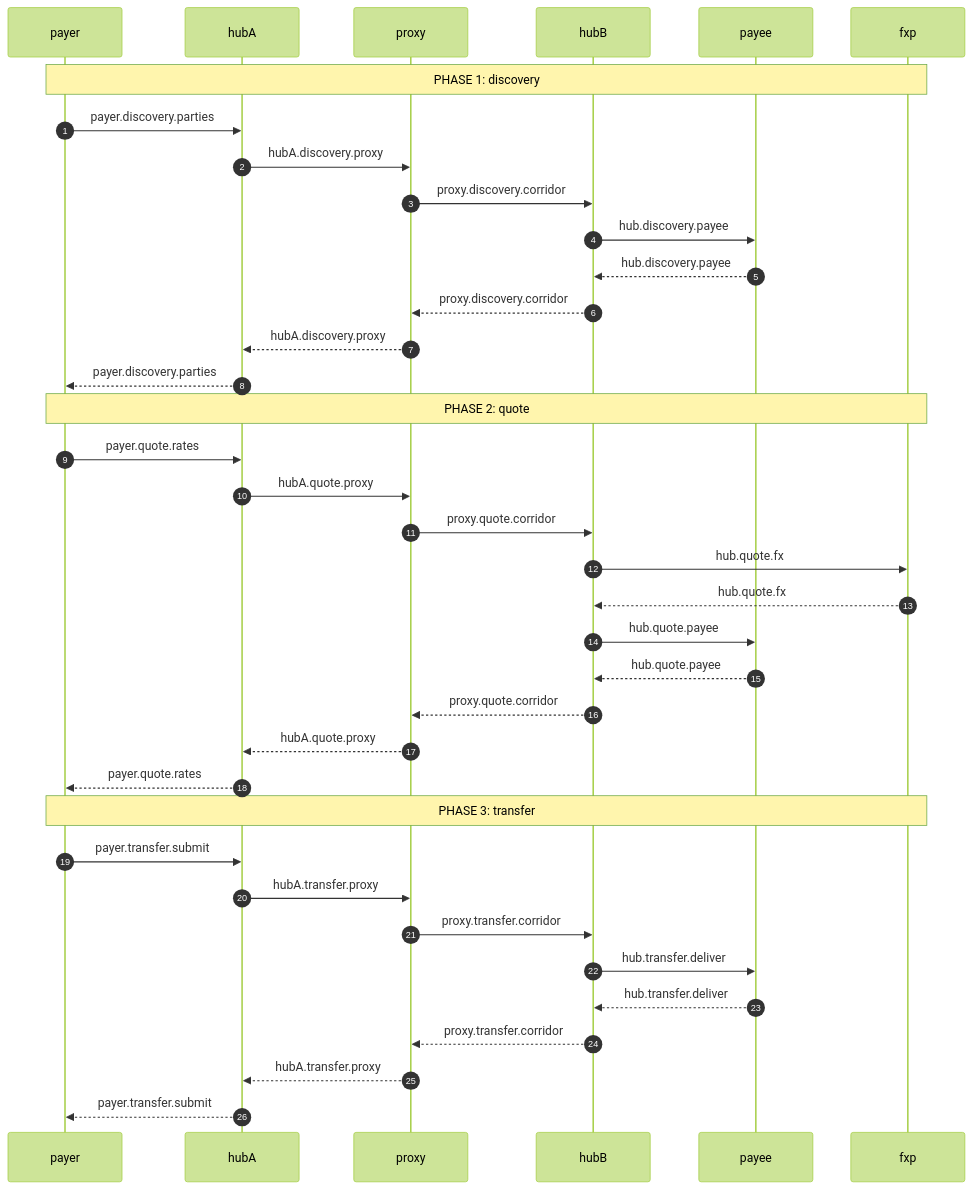
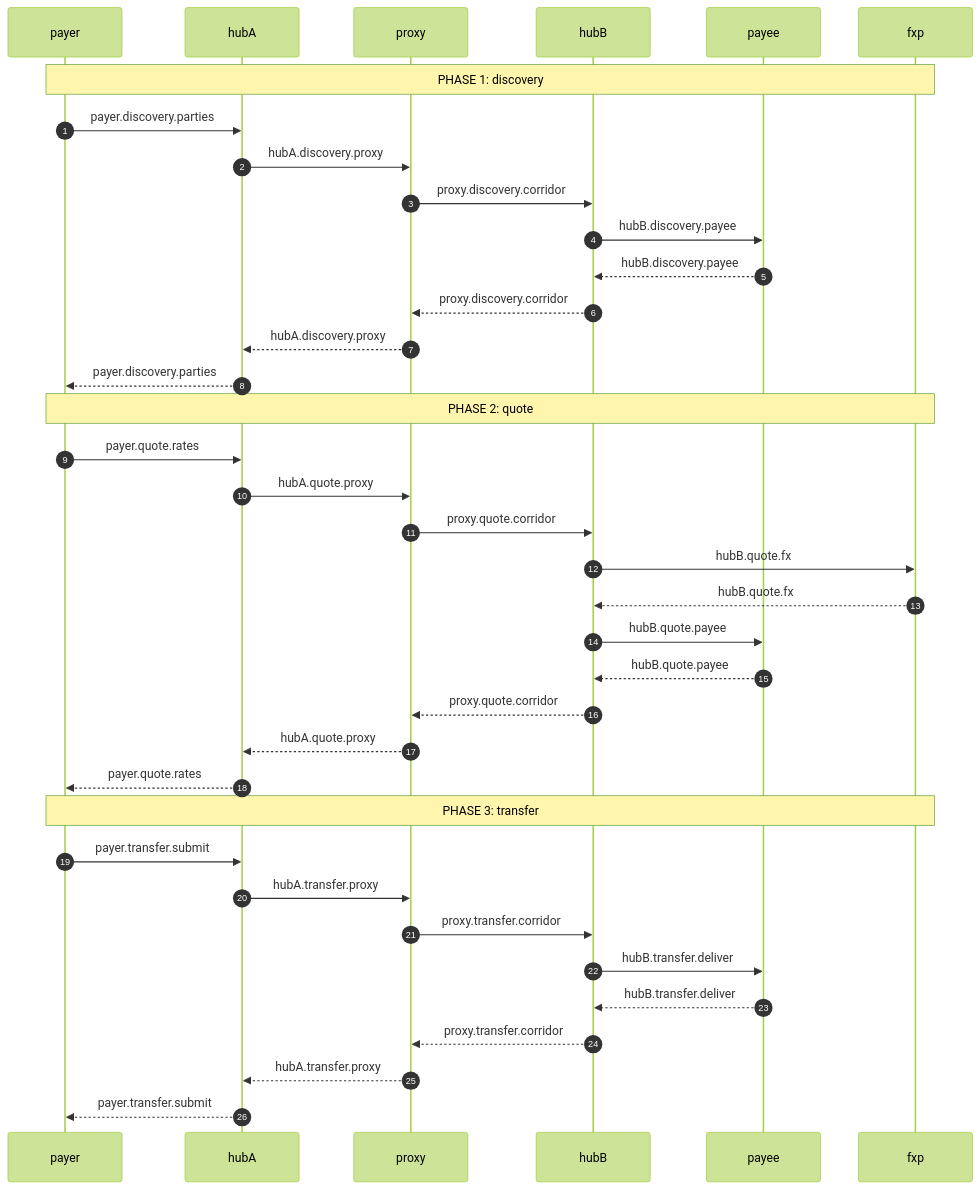
Before and after one commit to feasibleone/blong: the second of 2 diagrams in core/semantic-log/docs/observed-flows.md, drawn with Mermaid (forest theme). The commit also changed other lines of this file and 50 other files, not shown here.

Commit message:
fix: decouple sequence diagrams from services

````diff
--- a/core/semantic-log/docs/observed-flows.md
+++ b/core/semantic-log/docs/observed-flows.md
@@ -77,39 +77,39 @@
 ```mermaid
 sequenceDiagram
     autonumber
     participant payer
     participant hubA
     participant proxy
     participant hubB
     participant payee
     participant fxp
     Note over payer, fxp: PHASE 1: discovery
     payer->>hubA: payer.discovery.parties
     hubA->>proxy: hubA.discovery.proxy
     proxy->>hubB: proxy.discovery.corridor
-    hubB->>payee: hub.discovery.payee
-    payee-->>hubB: hub.discovery.payee
+    hubB->>payee: hubB.discovery.payee
+    payee-->>hubB: hubB.discovery.payee
     hubB-->>proxy: proxy.discovery.corridor
     proxy-->>hubA: hubA.discovery.proxy
     hubA-->>payer: payer.discovery.parties
     Note over payer, fxp: PHASE 2: quote
     payer->>hubA: payer.quote.rates
     hubA->>proxy: hubA.quote.proxy
     proxy->>hubB: proxy.quote.corridor
-    hubB->>fxp: hub.quote.fx
-    fxp-->>hubB: hub.quote.fx
-    hubB->>payee: hub.quote.payee
-    payee-->>hubB: hub.quote.payee
+    hubB->>fxp: hubB.quote.fx
+    fxp-->>hubB: hubB.quote.fx
+    hubB->>payee: hubB.quote.payee
+    payee-->>hubB: hubB.quote.payee
     hubB-->>proxy: proxy.quote.corridor
     proxy-->>hubA: hubA.quote.proxy
     hubA-->>payer: payer.quote.rates
     Note over payer, fxp: PHASE 3: transfer
     payer->>hubA: payer.transfer.submit
     hubA->>proxy: hubA.transfer.proxy
     proxy->>hubB: proxy.transfer.corridor
-    hubB->>payee: hub.transfer.deliver
-    payee-->>hubB: hub.transfer.deliver
+    hubB->>payee: hubB.transfer.deliver
+    payee-->>hubB: hubB.transfer.deliver
     hubB-->>proxy: proxy.transfer.corridor
     proxy-->>hubA: hubA.transfer.proxy
     hubA-->>payer: payer.transfer.submit
 ```
````
